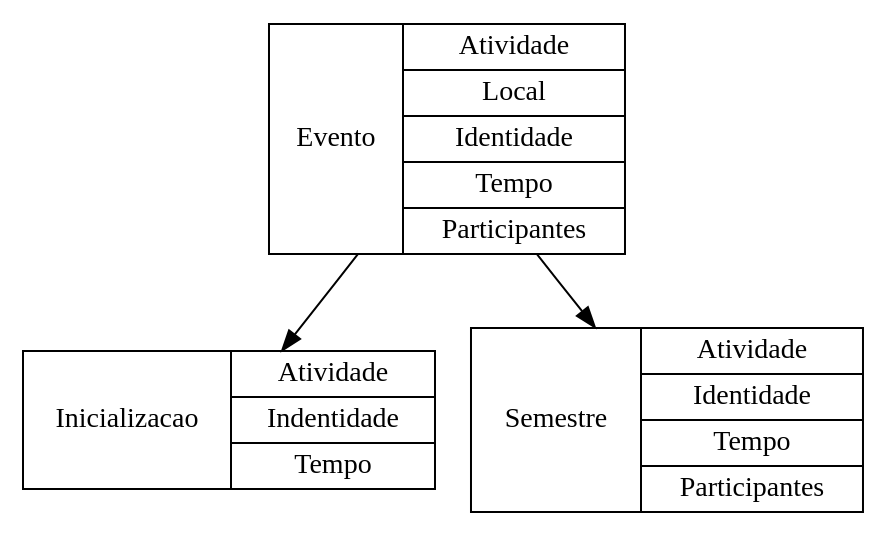
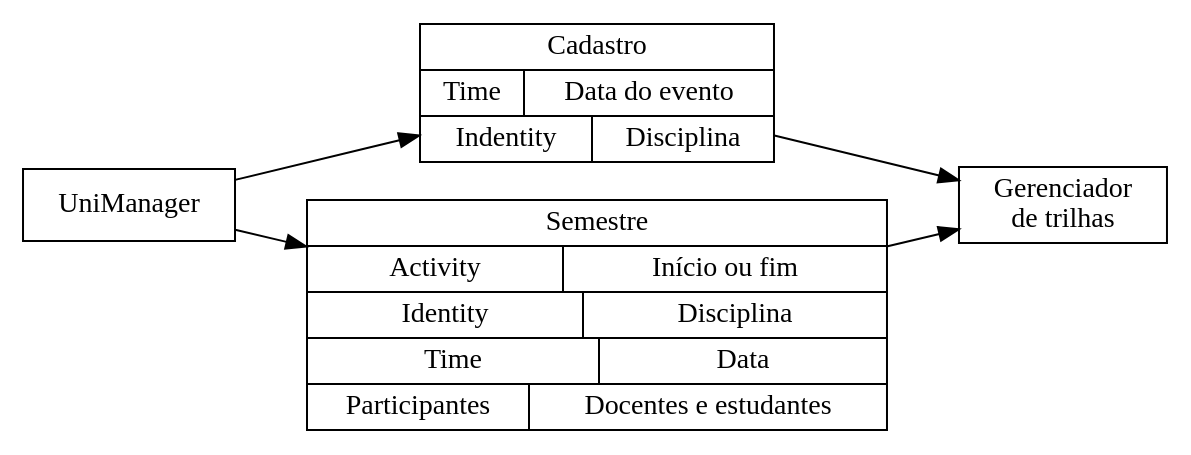
The diagram in academia/dissertacao/graficos/ont_disciplina.dot (andrenho/andrenho), drawn with Graphviz before and after one commit. The commit also changed 9 other files, not shown here.

```diff
--- a/academia/dissertacao/graficos/ont_disciplina.dot
+++ b/academia/dissertacao/graficos/ont_disciplina.dot
@@ -1,10 +1,12 @@
 digraph G {
 
+  rankdir = LR;
 	node [shape=record];
-	evento [label="Evento|{Atividade|Local|Identidade|Tempo|Participantes}"];
-  inicio [label="Inicializacao|{Atividade|Indentidade|Tempo}"];
-  semestre [label="Semestre|{Atividade|Identidade|Tempo|Participantes}"];
+  UniManager;
+  trail [label="Gerenciador\nde trilhas"];
+  cadastro [label="Cadastro|{Time|Data do evento}|{Indentity|Disciplina}"];
+  semestre [label="Semestre|{Activity|Início ou fim}|{Identity|Disciplina}|{Time|Data}|{Participantes|Docentes e estudantes}"];
 
-  evento -> inicio; 
-  evento -> semestre;
+	UniManager -> cadastro -> trail;
+	UniManager -> semestre -> trail;
 }
```
